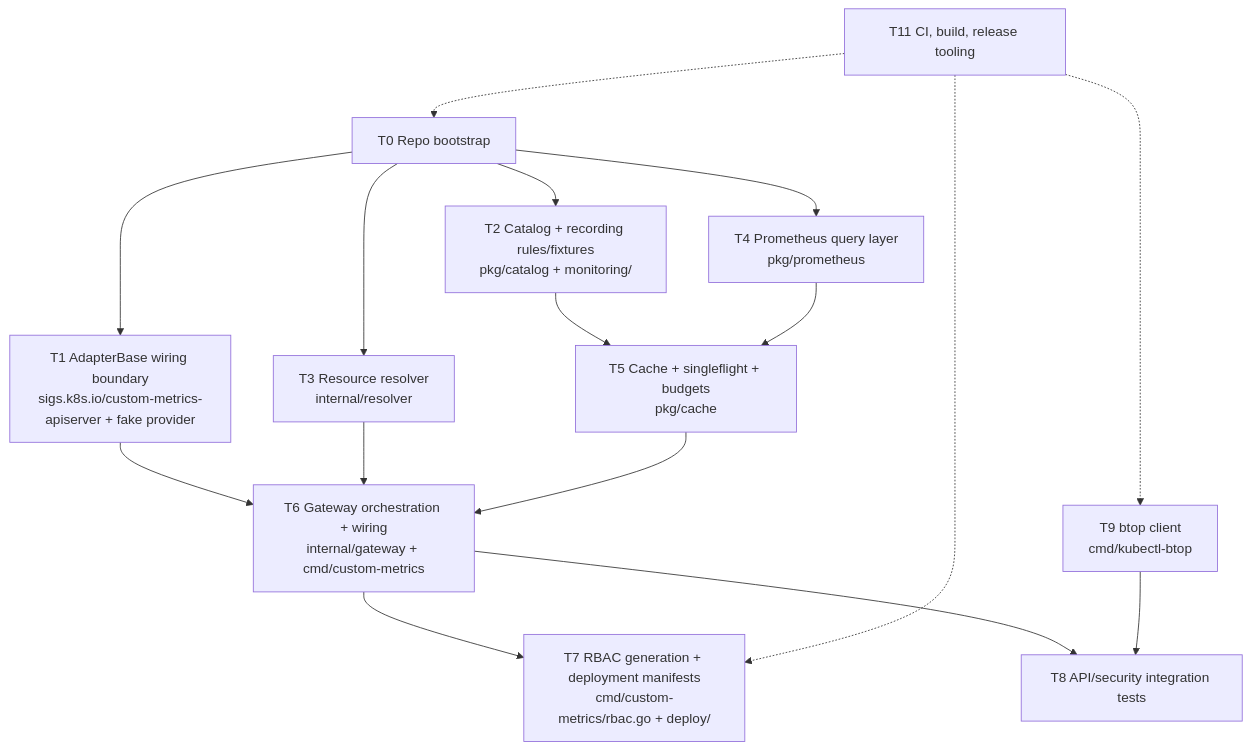
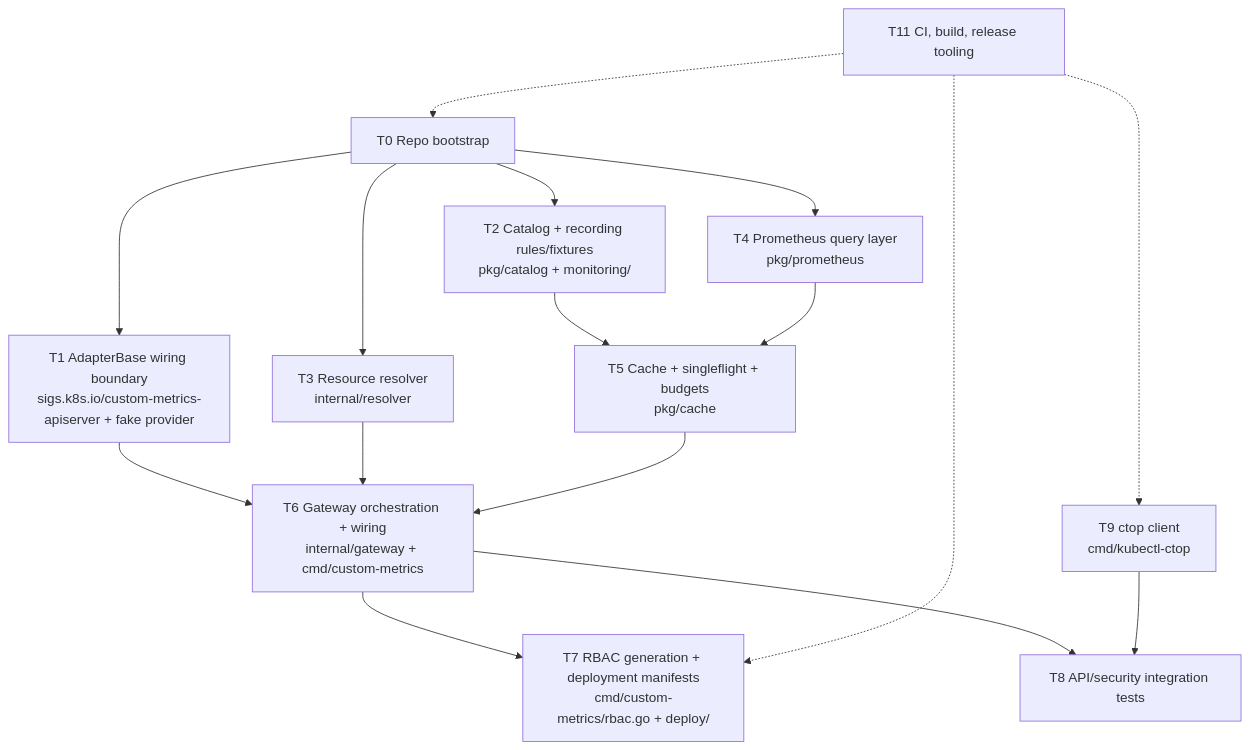
Before and after one commit to sergelogvinov/kubernetes-custom-metrics: the diagram in docs/plan.md, drawn with Mermaid. The commit also changed other lines of this file and 28 other files, not shown here.

````diff
--- a/docs/plan.md
+++ b/docs/plan.md
@@ -15,24 +15,24 @@
 ```mermaid
 flowchart TD
     T0[T0 Repo bootstrap] --> T1
     T0 --> T2
     T0 --> T3
     T0 --> T4
 
     T1[T1 AdapterBase wiring boundary<br/>sigs.k8s.io/custom-metrics-apiserver + fake provider] --> T6
     T2[T2 Catalog + recording rules/fixtures<br/>pkg/catalog + monitoring/] --> T5
     T3[T3 Resource resolver<br/>internal/resolver] --> T6
     T4[T4 Prometheus query layer<br/>pkg/prometheus] --> T5
     T5[T5 Cache + singleflight + budgets<br/>pkg/cache] --> T6
     T6[T6 Gateway orchestration + wiring<br/>internal/gateway + cmd/custom-metrics] --> T7
     T6 --> T8
 
     T7[T7 RBAC generation + deployment manifests<br/>cmd/custom-metrics/rbac.go + deploy/]
     T8[T8 API/security integration tests]
 
-    T9[T9 btop client<br/>cmd/kubectl-btop] --> T8
+    T9[T9 ctop client<br/>cmd/kubectl-ctop] --> T8
 
     T11[T11 CI, build, release tooling] -.-> T0
     T11 -.-> T7
     T11 -.-> T9
 ```
````
